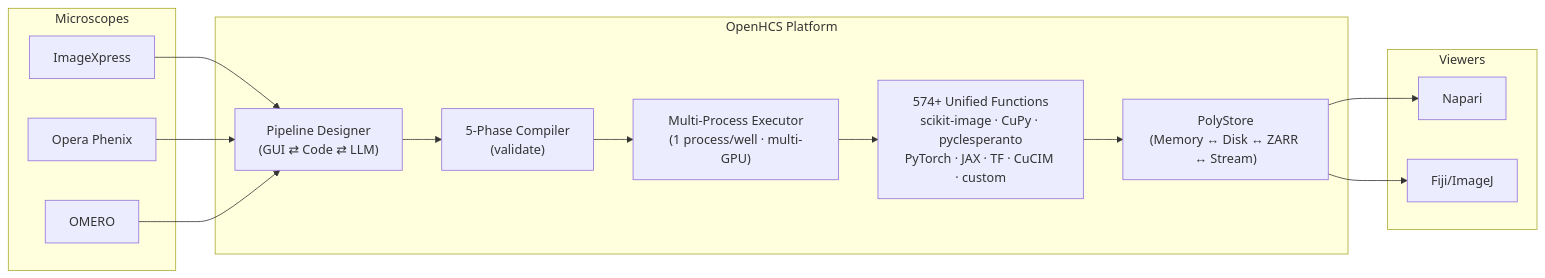
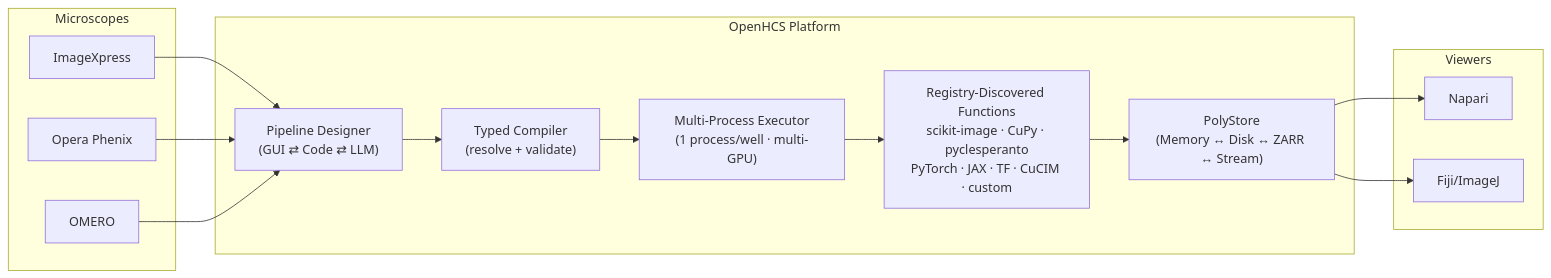
One commit to trissim/openhcs changed the first of 2 diagrams in README.md. Above: the diagram before and after it, drawn with Mermaid. The commit also changed other lines of this file and 236 other files, not shown here.

First line of the commit message:
Document the nominal OpenHCS architecture

````diff
--- a/README.md
+++ b/README.md
@@ -36,29 +42,29 @@
 ```mermaid
 graph LR
     subgraph Microscopes
         IX[ImageXpress]
         OP[Opera Phenix]
         OM[OMERO]
     end
 
     subgraph OpenHCS Platform
         PD["Pipeline Designer<br/>(GUI ⇄ Code ⇄ LLM)"]
-        CO["5-Phase Compiler<br/>(validate)"]
+        CO["Typed Compiler<br/>(resolve + validate)"]
         EX["Multi-Process Executor<br/>(1 process/well · multi-GPU)"]
-        FN["574+ Unified Functions<br/>scikit-image · CuPy · pyclesperanto<br/>PyTorch · JAX · TF · CuCIM · custom"]
+        FN["Registry-Discovered Functions<br/>scikit-image · CuPy · pyclesperanto<br/>PyTorch · JAX · TF · CuCIM · custom"]
         PS["PolyStore<br/>(Memory ↔ Disk ↔ ZARR ↔ Stream)"]
     end
 
     subgraph Viewers
         NA[Napari]
         FJ[Fiji/ImageJ]
     end
 
     IX --> PD
     OP --> PD
     OM --> PD
     PD --> CO --> EX
     EX --> FN --> PS
     PS --> NA
     PS --> FJ
 ```
````
